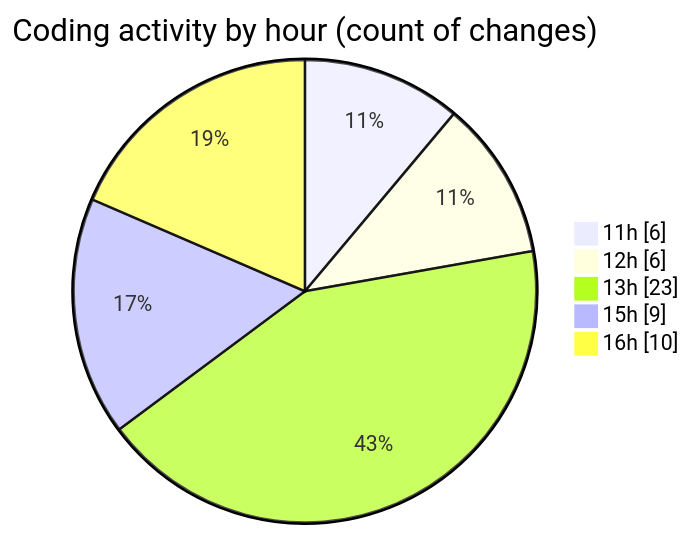
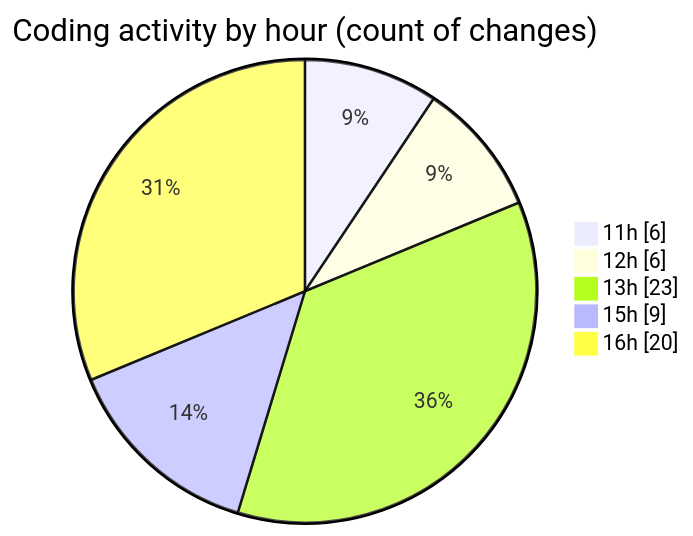
The second of 2 diagrams in 2025-05-30/nxtqube_webapp/README.md (nxtqubesakshisongat/code-tracking), drawn with Mermaid before and after one commit. The commit also changed other lines of this file and 1 other file, not shown here.

````diff
--- a/2025-05-30/nxtqube_webapp/README.md
+++ b/2025-05-30/nxtqube_webapp/README.md
@@ -35,9 +35,9 @@
 ```mermaid
 pie showData
 title Coding activity by hour (count of changes)
 "11h" : 6
 "12h" : 6
 "13h" : 23
 "15h" : 9
-"16h" : 10
+"16h" : 20
 ```
````
